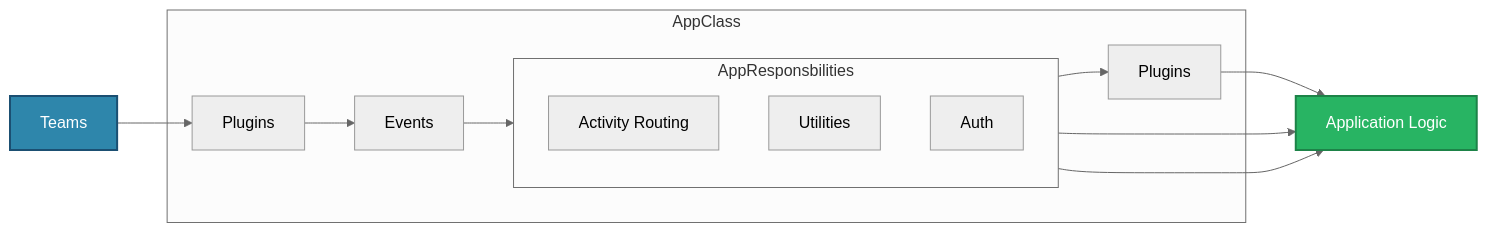
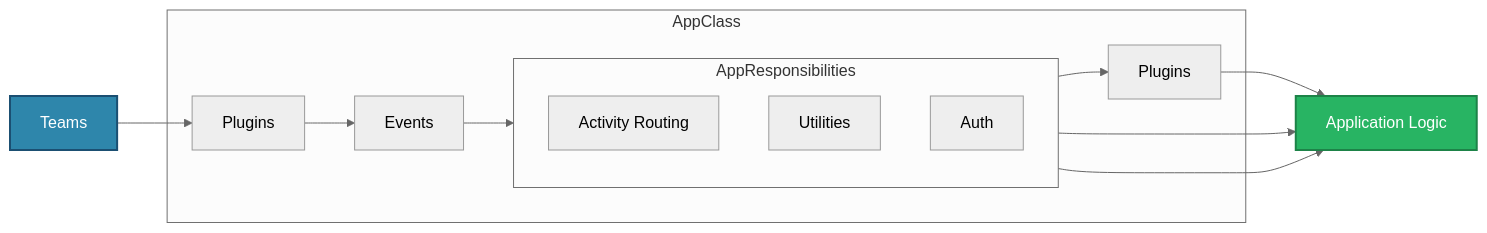
One commit to microsoft/teams-ai changed the diagram in teams.md/docs/csharp/essentials/app-basics.md. Above: the diagram before and after it, drawn with Mermaid (neutral theme). The commit also changed 12 other files, not shown here.

````diff
--- a/teams.md/docs/csharp/essentials/app-basics.md
+++ b/teams.md/docs/csharp/essentials/app-basics.md
@@ -18,33 +18,33 @@
 ```mermaid
 flowchart LR
     %% Layout Definitions
     direction LR
 
     Teams
 
     subgraph AppClass
         CorePlugins["Plugins"]
         Events["Events"]
-        subgraph AppResponsbilities
+        subgraph AppResponsibilities
             direction TB
             ActivityRouting["Activity Routing"]
             Utilities["Utilities"]
             Auth["Auth"]
         end
         Plugins2["Plugins"]
     end
     ApplicationLogic["Application Logic"]
 
     %% Connections
     Teams --> CorePlugins
     CorePlugins --> Events
     Events --> ActivityRouting
     ActivityRouting --> Plugins2
     Plugins2 --> ApplicationLogic
     Auth --> ApplicationLogic
     Utilities --> ApplicationLogic
 
     %% Styling
     style Teams fill:#2E86AB,stroke:#1B4F72,stroke-width:2px,color:#ffffff
     style ApplicationLogic fill:#28B463,stroke:#1D8348,stroke-width:2px,color:#ffffff
 ```
````
